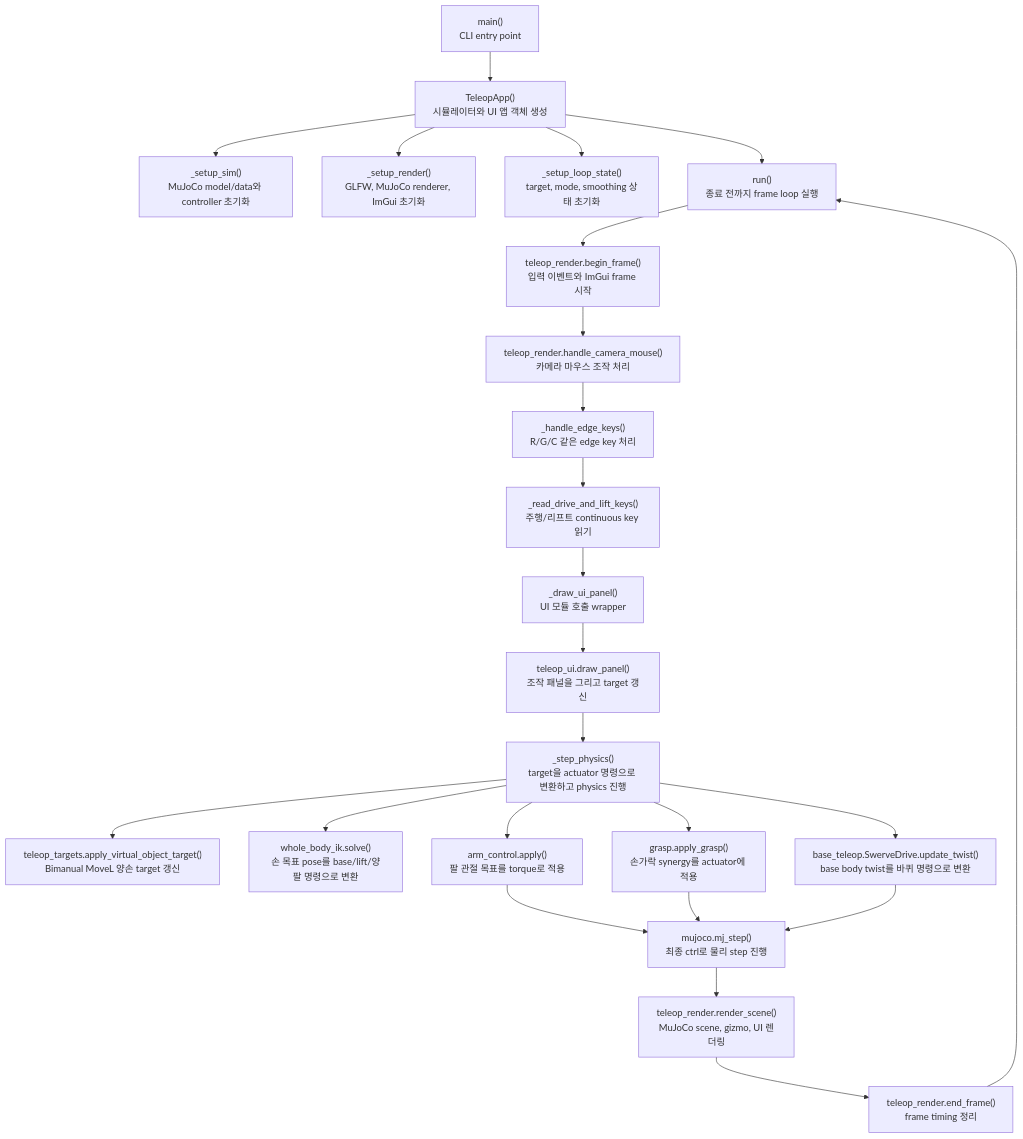
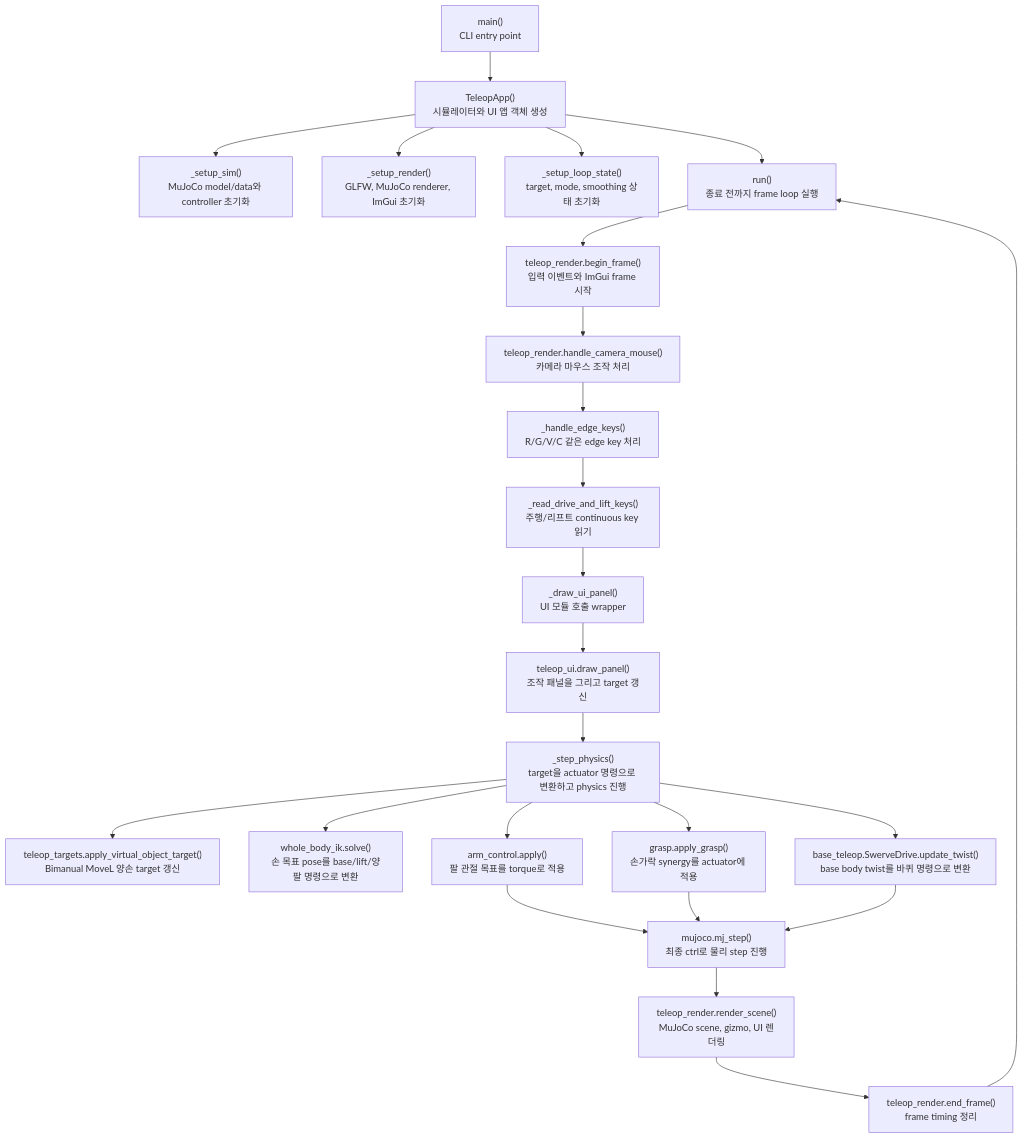
One commit to ggh-png/ffw-sh5-grasp changed the diagram in docs/guide/teleop_app.md. Above: the diagram before and after it, drawn with Mermaid. The commit also changed other lines of this file and 17 other files, not shown here.

````diff
--- a/docs/guide/teleop_app.md
+++ b/docs/guide/teleop_app.md
@@ -69,26 +69,26 @@
 ```mermaid
 flowchart TD
     A["main()<br>CLI entry point"] --> B["TeleopApp()<br>시뮬레이터와 UI 앱 객체 생성"]
     B --> C["_setup_sim()<br>MuJoCo model/data와 controller 초기화"]
     B --> D["_setup_render()<br>GLFW, MuJoCo renderer, ImGui 초기화"]
     B --> E["_setup_loop_state()<br>target, mode, smoothing 상태 초기화"]
     B --> F["run()<br>종료 전까지 frame loop 실행"]
     F --> G["teleop_render.begin_frame()<br>입력 이벤트와 ImGui frame 시작"]
     G --> H["teleop_render.handle_camera_mouse()<br>카메라 마우스 조작 처리"]
-    H --> I["_handle_edge_keys()<br>R/G/C 같은 edge key 처리"]
+    H --> I["_handle_edge_keys()<br>R/G/V/C 같은 edge key 처리"]
     I --> J["_read_drive_and_lift_keys()<br>주행/리프트 continuous key 읽기"]
     J --> K["_draw_ui_panel()<br>UI 모듈 호출 wrapper"]
     K --> L["teleop_ui.draw_panel()<br>조작 패널을 그리고 target 갱신"]
     L --> M["_step_physics()<br>target을 actuator 명령으로 변환하고 physics 진행"]
     M --> N["teleop_targets.apply_virtual_object_target()<br>Bimanual MoveL 양손 target 갱신"]
     M --> O["whole_body_ik.solve()<br>손 목표 pose를 base/lift/양팔 명령으로 변환"]
     M --> P["base_teleop.SwerveDrive.update_twist()<br>base body twist를 바퀴 명령으로 변환"]
     M --> Q["arm_control.apply()<br>팔 관절 목표를 torque로 적용"]
     M --> R["grasp.apply_grasp()<br>손가락 synergy를 actuator에 적용"]
     Q --> S["mujoco.mj_step()<br>최종 ctrl로 물리 step 진행"]
     R --> S
     P --> S
     S --> T["teleop_render.render_scene()<br>MuJoCo scene, gizmo, UI 렌더링"]
     T --> U["teleop_render.end_frame()<br>frame timing 정리"]
     U --> F
 ```
````
